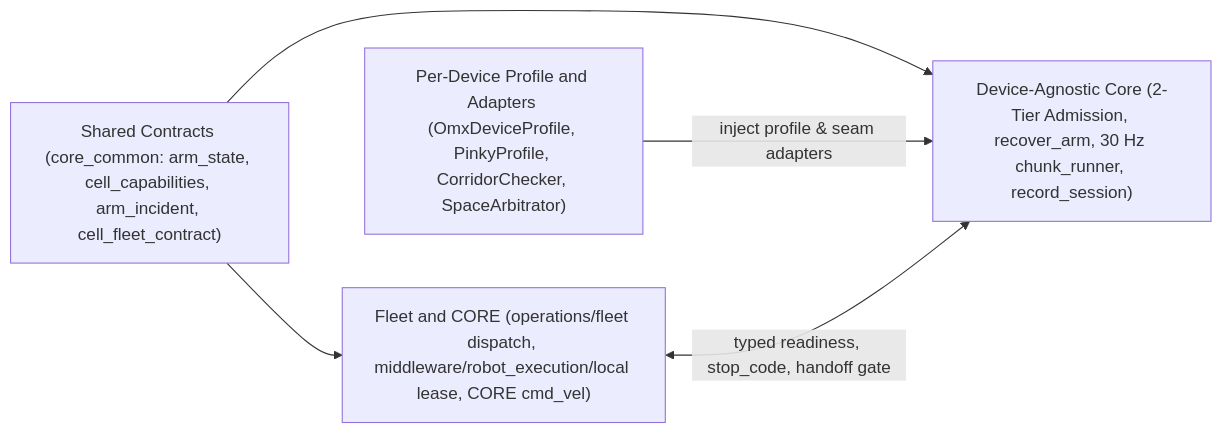
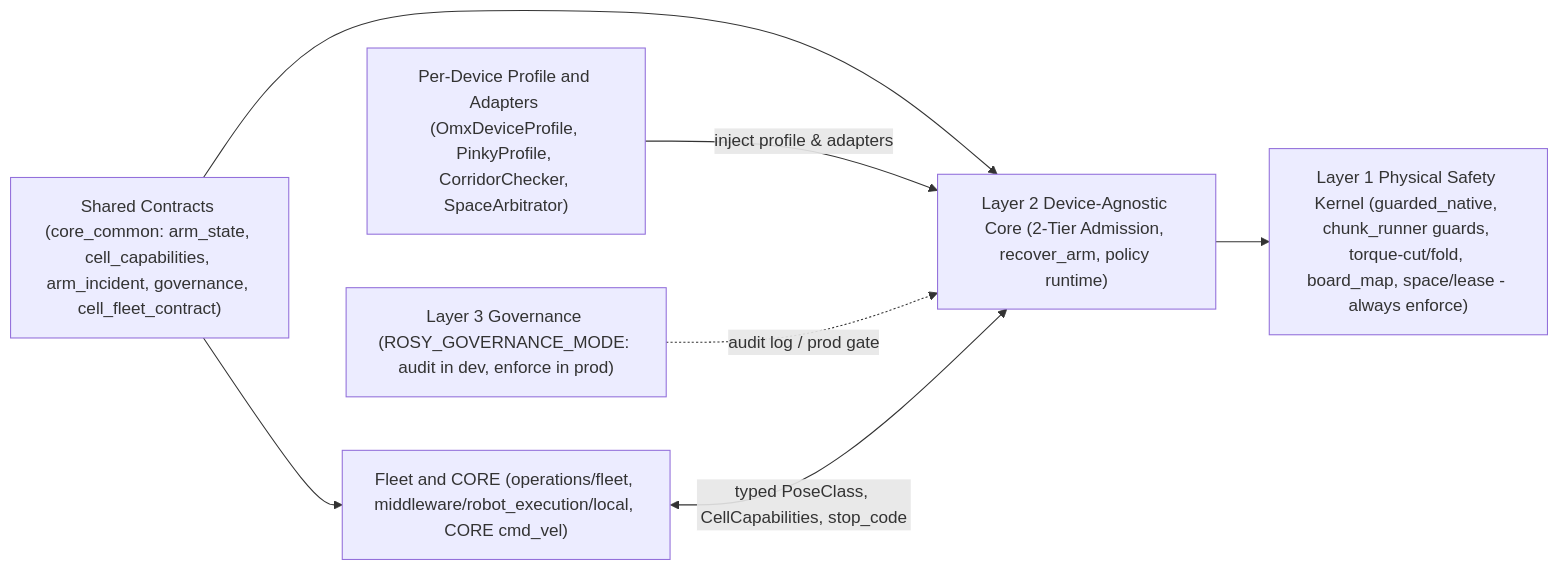
One commit to robotics-team-1213/rosy-platform changed the diagram in docs/adr/D-1089-omx-fleet-structural-consolidation.md. Above: the diagram before and after it, drawn with Mermaid. The commit also changed other lines of this file, not shown here.

Commit message:
docs(adr): accept D-1089 with 3-layer physical kernel and audit governance split

````diff
--- a/docs/adr/D-1089-omx-fleet-structural-consolidation.md
+++ b/docs/adr/D-1089-omx-fleet-structural-consolidation.md
@@ -18,12 +19,16 @@
 ```mermaid
 flowchart LR
-    C["Shared Contracts (core_common: arm_state, cell_capabilities, arm_incident, cell_fleet_contract)"]
+    C["Shared Contracts (core_common: arm_state, cell_capabilities, arm_incident, governance, cell_fleet_contract)"]
     P["Per-Device Profile and Adapters (OmxDeviceProfile, PinkyProfile, CorridorChecker, SpaceArbitrator)"]
-    K["Device-Agnostic Core (2-Tier Admission, recover_arm, 30 Hz chunk_runner, record_session)"]
-    F["Fleet and CORE (operations/fleet dispatch, middleware/robot_execution/local lease, CORE cmd_vel)"]
+    K["Layer 2 Device-Agnostic Core (2-Tier Admission, recover_arm, policy runtime)"]
+    S["Layer 1 Physical Safety Kernel (guarded_native, chunk_runner guards, torque-cut/fold, board_map, space/lease - always enforce)"]
+    G["Layer 3 Governance (ROSY_GOVERNANCE_MODE: audit in dev, enforce in prod)"]
+    F["Fleet and CORE (operations/fleet, middleware/robot_execution/local, CORE cmd_vel)"]
 
     C --> K
-    P -->|"inject profile & seam adapters"| K
+    P -->|"inject profile & adapters"| K
+    K --> S
+    G -.->|"audit log / prod gate"| K
     C --> F
-    F <-->|"typed readiness, stop_code, handoff gate"| K
+    F <-->|"typed PoseClass, CellCapabilities, stop_code"| K
 ```
````
